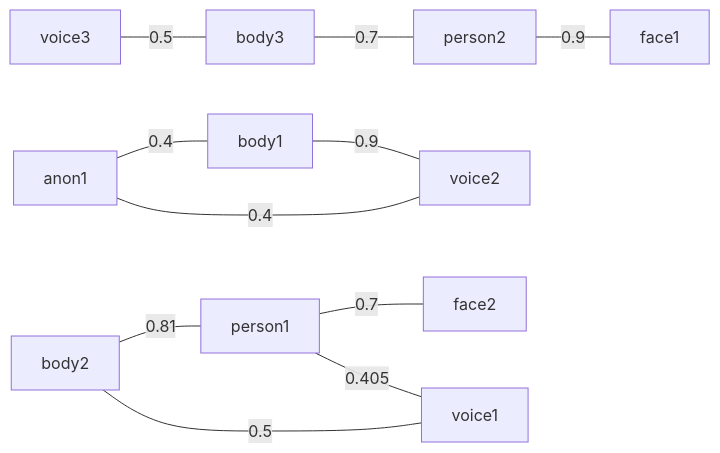
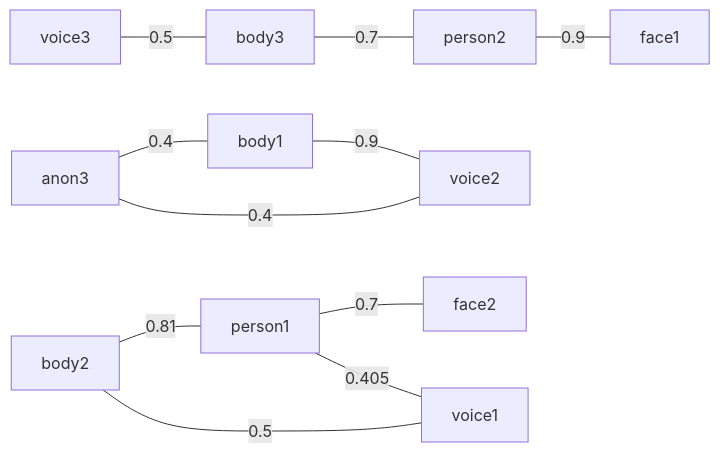
Before and after one commit to ros4hri/hri_person_manager: diagram 30 of 34 in test/test-graphs.md, drawn with Mermaid. The commit also changed other lines of this file and 8 other files, not shown here.

First line of the commit message:
C++ impl complete, based on boost::graph

````diff
--- a/test/test-graphs.md
+++ b/test/test-graphs.md
@@ -514,17 +522,17 @@
 ``` mermaid
 graph LR
 
 body3 ---|0.7| person2
 person2 ---|0.9| face1
 voice3 ---|0.5| body3
 
 
-anon1 ---|0.4| body1
+anon3 ---|0.4| body1
 body1 ---|0.9| voice2
-voice2 ---|0.4| anon1
+voice2 ---|0.4| anon3
 
 body2 ---|0.81| person1
 voice1 ---|0.5| body2
 person1 ---|0.7| face2
 person1 ---|0.405| voice1
 ```
````
